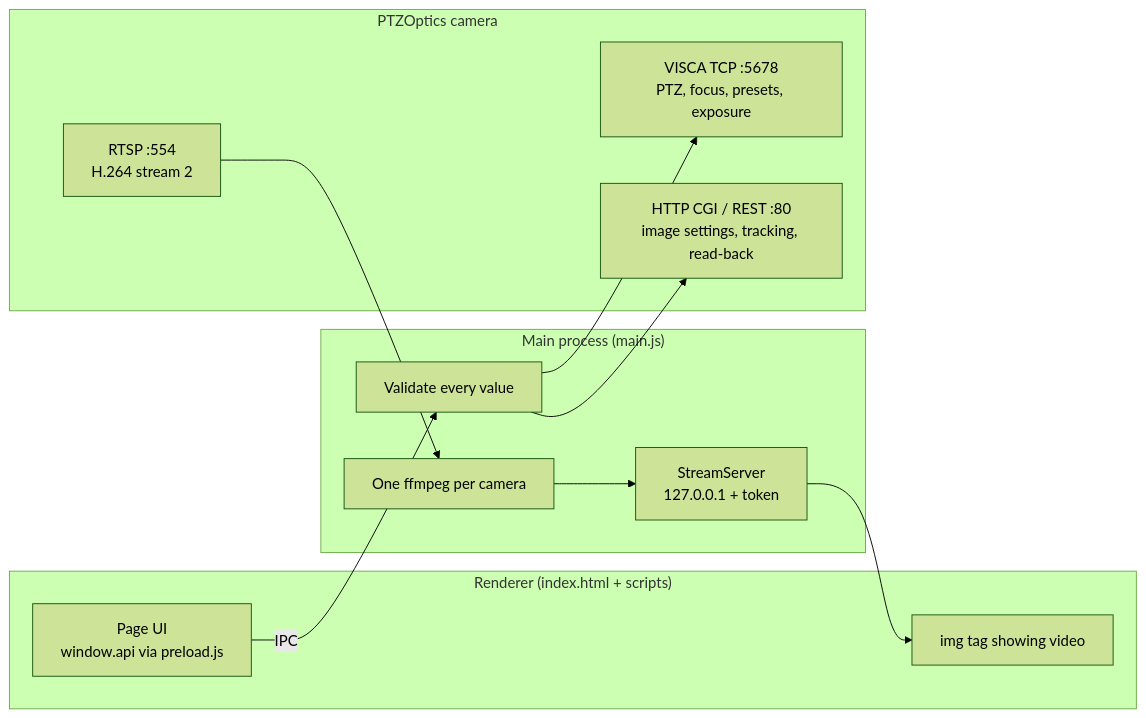
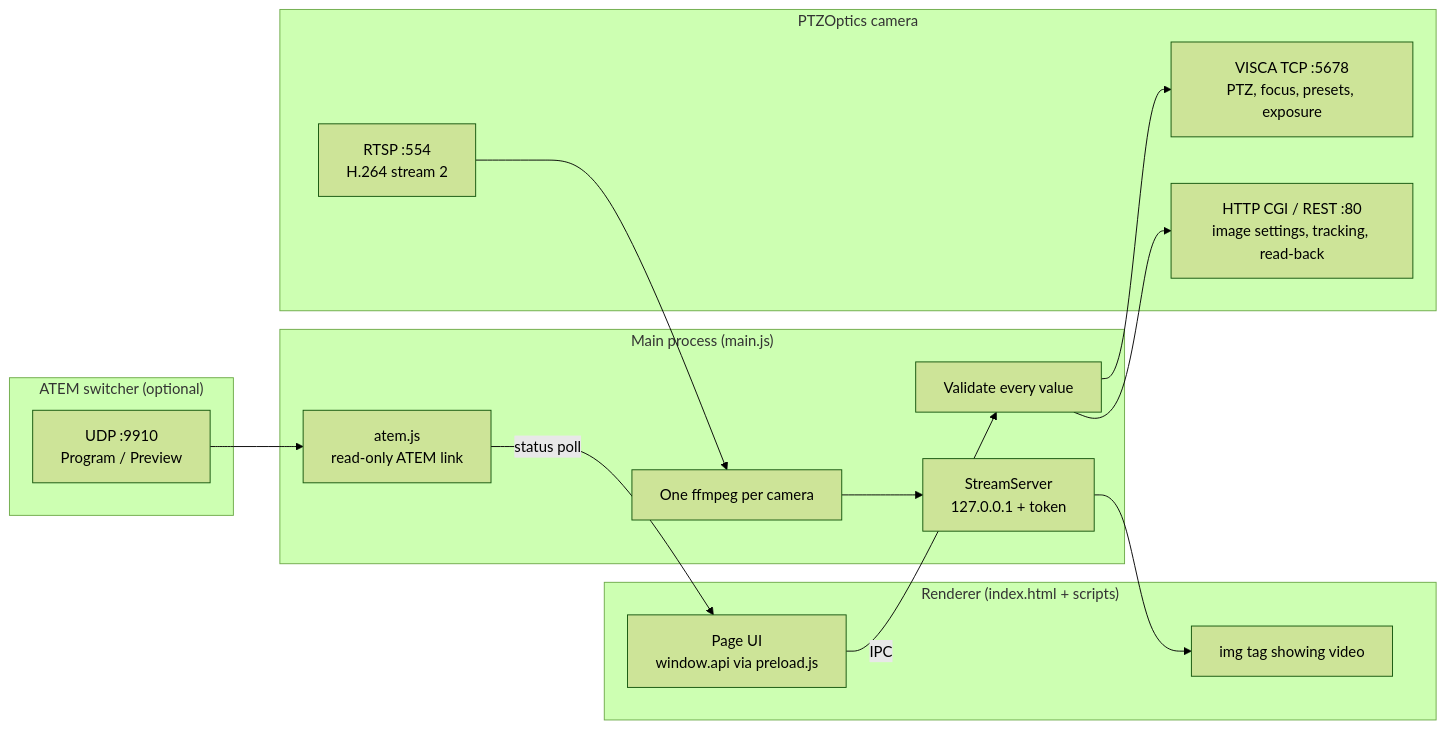
One commit to jivebiscuit/ptz-cam-control changed the diagram in README.md. Above: the diagram before and after it, drawn with Mermaid (forest theme). The commit also changed other lines of this file and 2 other files, not shown here.

````diff
--- a/README.md
+++ b/README.md
@@ -54,21 +55,26 @@
 ```mermaid
 flowchart LR
   subgraph R["Renderer (index.html + scripts)"]
     UI["Page UI<br/>window.api via preload.js"]
     IMG["img tag showing video"]
   end
   subgraph M["Main process (main.js)"]
     V["Validate every value"]
     SS["StreamServer<br/>127.0.0.1 + token"]
     FF["One ffmpeg per camera"]
+    AT["atem.js<br/>read-only ATEM link"]
+  end
+  subgraph S["ATEM switcher (optional)"]
+    PP["UDP :9910<br/>Program / Preview"]
   end
   subgraph C["PTZOptics camera"]
     VI["VISCA TCP :5678<br/>PTZ, focus, presets, exposure"]
     HT["HTTP CGI / REST :80<br/>image settings, tracking, read-back"]
     RT["RTSP :554<br/>H.264 stream 2"]
   end
   UI -- IPC --> V
   V --> VI
   V --> HT
   RT --> FF --> SS --> IMG
+  PP --> AT -- status poll --> UI
 ```
````
